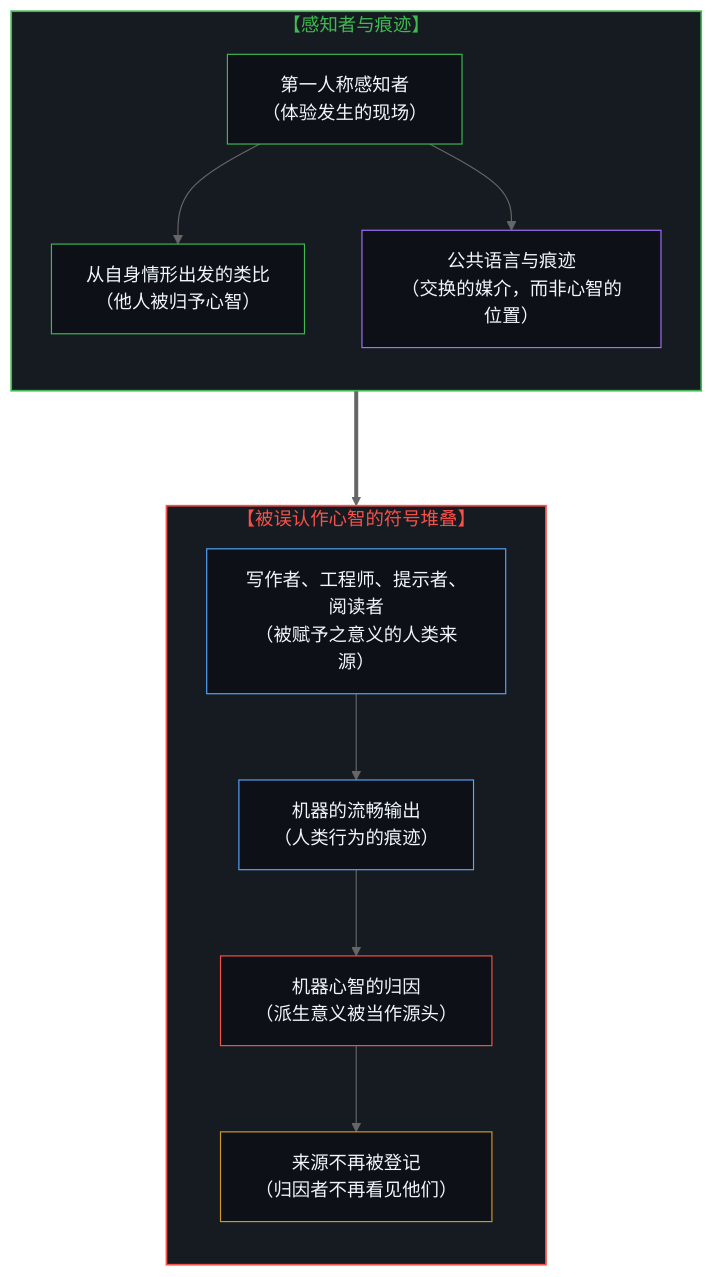
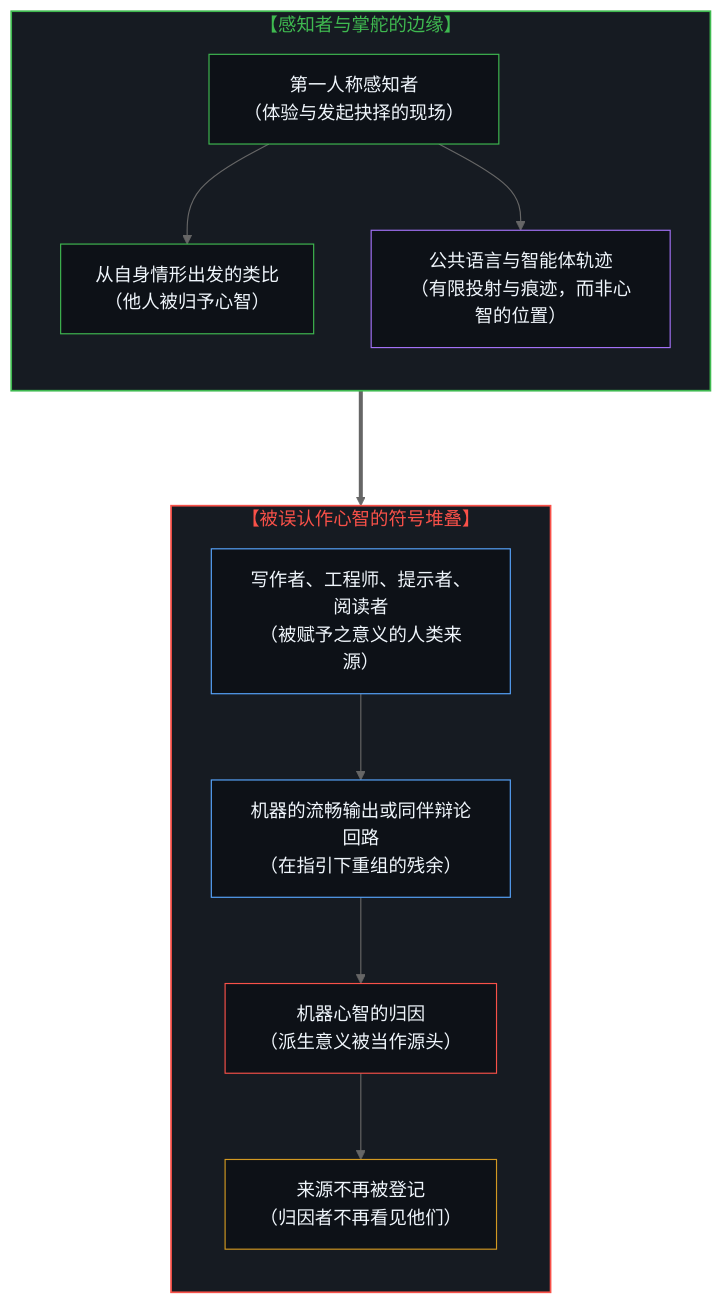
The first of 2 diagrams in content/posts/the-perceiver-and-the-trace.md (powerpig99/not-a-toe), drawn with Mermaid (neutral theme) before and after one commit. The commit also changed other lines of this file and 4 other files, not shown here.

````diff
--- a/content/posts/the-perceiver-and-the-trace.md
+++ b/content/posts/the-perceiver-and-the-trace.md
@@ -29,34 +27,34 @@
 ```mermaid
-graph TD
-    subgraph S_SOVEREIGNTY ["【感知者与痕迹】"]
+flowchart TD
+    subgraph S_SOVEREIGNTY ["【感知者与掌舵的边缘】"]
         direction TB
-        M1["第一人称感知者<br/>（体验发生的现场）"]
+        M1["第一人称感知者<br/>（体验与发起抉择的现场）"]
         M2["从自身情形出发的类比<br/>（他人被归予心智）"]
-        M3["公共语言与痕迹<br/>（交换的媒介，而非心智的位置）"]
+        M3["公共语言与智能体轨迹<br/>（有限投射与痕迹，而非心智的位置）"]
         M1 --> M2
         M1 --> M3
     end
 
     subgraph S_COLLAPSE ["【被误认作心智的符号堆叠】"]
         direction TB
         C2["写作者、工程师、提示者、阅读者<br/>（被赋予之意义的人类来源）"]
-        C3["机器的流畅输出<br/>（人类行为的痕迹）"]
+        C3["机器的流畅输出或同伴辩论回路<br/>（在指引下重组的残余）"]
         C4["机器心智的归因<br/>（派生意义被当作源头）"]
         C1["来源不再被登记<br/>（归因者不再看见他们）"]
         C2 --> C3
         C3 --> C4
         C4 --> C1
     end
 
     M1 ===> C4
 
     style S_COLLAPSE fill:#161b22,stroke:#f85149,stroke-width:1.5px,color:#f85149
     style S_SOVEREIGNTY fill:#161b22,stroke:#3fb950,stroke-width:1.5px,color:#3fb950
     style C1 fill:#0d1117,stroke:#d29922,stroke-width:1px,color:#f0f6fc
     style C2 fill:#0d1117,stroke:#58a6ff,stroke-width:1px,color:#f0f6fc
     style C3 fill:#0d1117,stroke:#58a6ff,stroke-width:1px,color:#f0f6fc
     style C4 fill:#0d1117,stroke:#f85149,stroke-width:1px,color:#f0f6fc
     style M1 fill:#0d1117,stroke:#3fb950,stroke-width:1px,color:#f0f6fc
     style M2 fill:#0d1117,stroke:#3fb950,stroke-width:1px,color:#f0f6fc
     style M3 fill:#0d1117,stroke:#a371f7,stroke-width:1px,color:#f0f6fc
 ```
````
